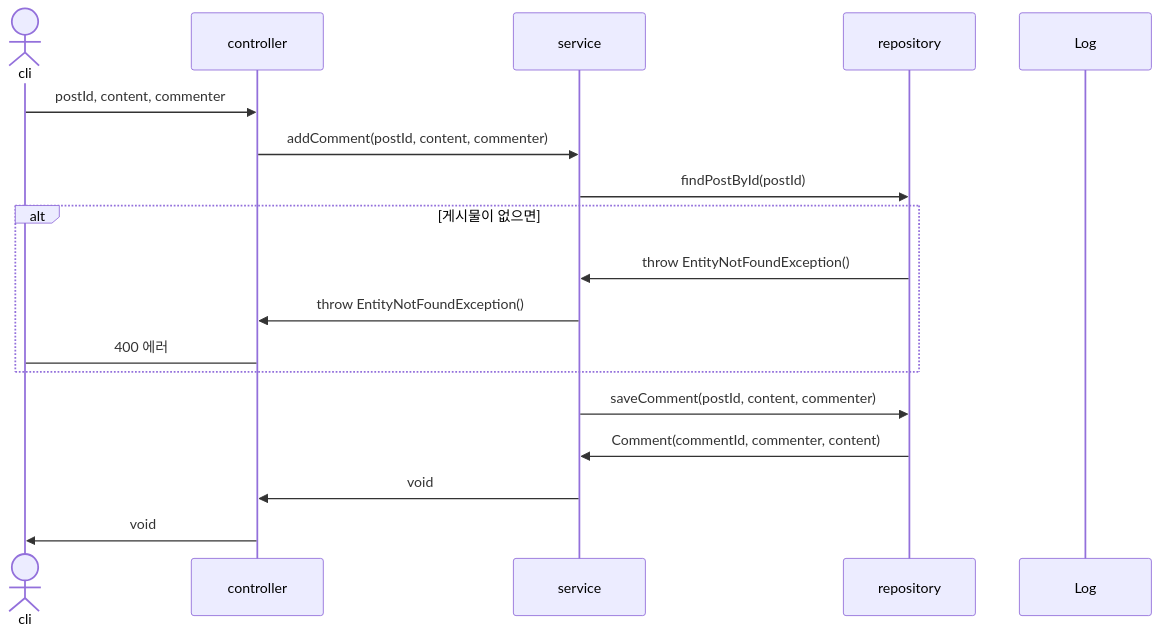
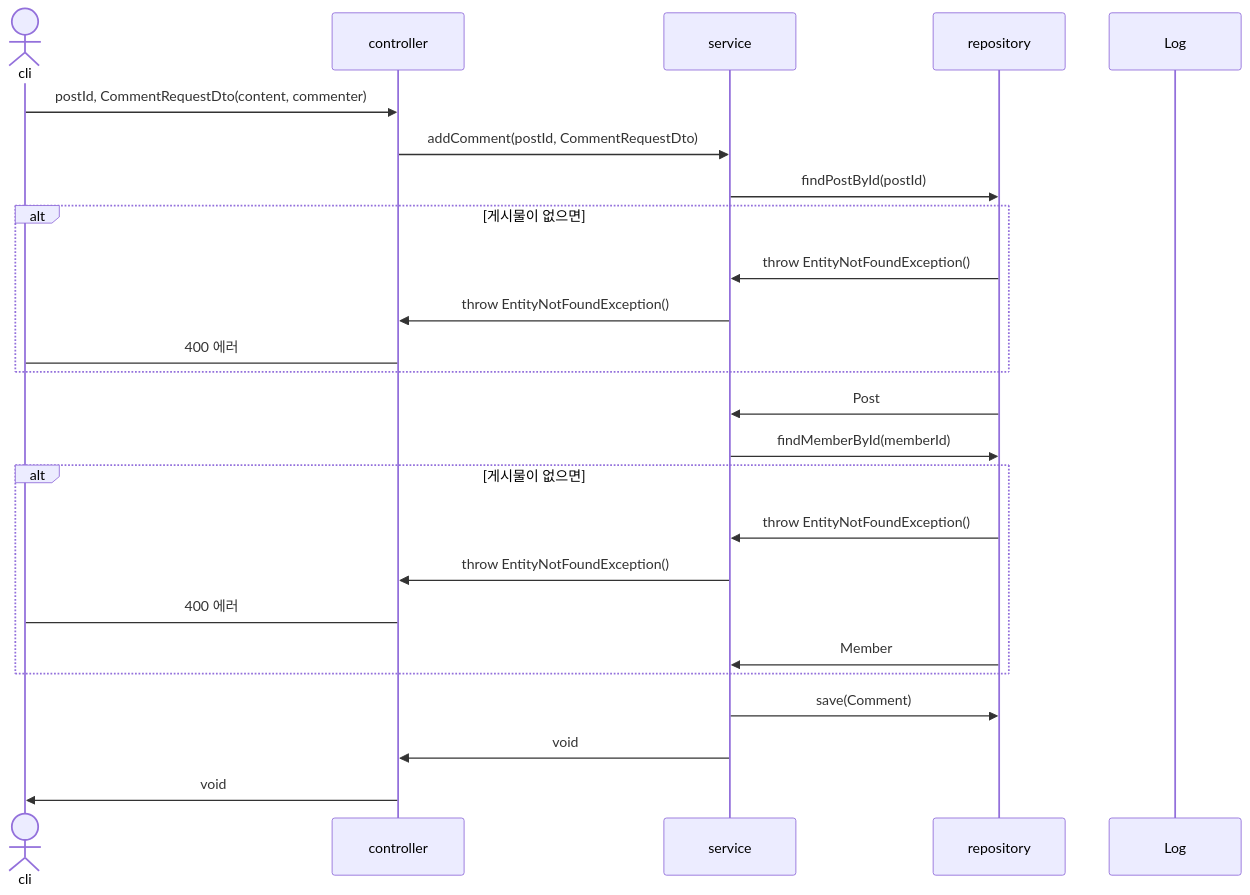
Before and after one commit to mtak0235/snsX: diagram 19 of 28 in sequence.md, drawn with Mermaid. The commit also changed other lines of this file, not shown here.

Commit message:
update addComment sequence diagram

````diff
--- a/sequence.md
+++ b/sequence.md
@@ -390,21 +390,28 @@
 ```mermaid
 sequenceDiagram
 actor cli
 participant c as controller
 participant s as service
 participant r as repository
 participant l as Log
 
-cli->>c: postId, content, commenter
-c->>s: addComment(postId, content, commenter)
+cli->>c: postId, CommentRequestDto(content, commenter)
+c->>s: addComment(postId, CommentRequestDto)
 s->>r: findPostById(postId)
 alt 게시물이 없으면
 r->>s: throw EntityNotFoundException()
 s->>c: throw EntityNotFoundException()
 c->cli: 400 에러
 end
-s->>r: saveComment(postId, content, commenter)
-r->>s: Comment(commentId, commenter, content)
+r->>s: Post
+s->>r: findMemberById(memberId)
+alt 게시물이 없으면
+r->>s: throw EntityNotFoundException()
+s->>c: throw EntityNotFoundException()
+c->cli: 400 에러
+r->>s: Member
+end
+s->>r: save(Comment)
 s->>c: void
 c->>cli: void
 ```
````
